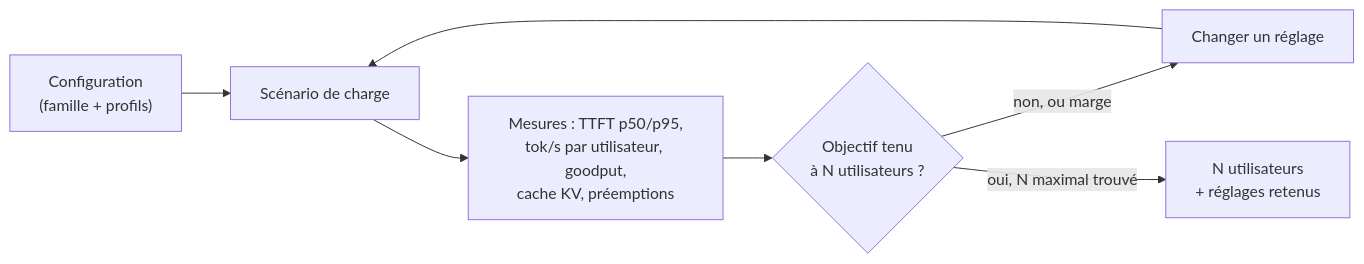
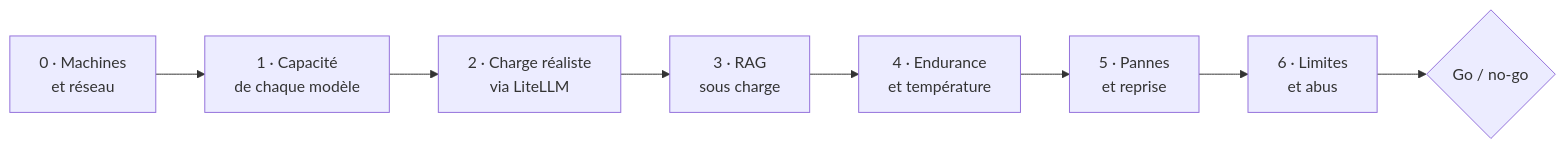
One commit to Ameno1215/localIA changed the fifth of 6 diagrams in docs/processus/benchmark-modeles.md. Above: the diagram before and after it, drawn with Mermaid. The commit also changed other lines of this file and 3 other files, not shown here.

First line of the commit message:
Étape 3 : plan de tests de charge et de limites (Tim) dans docs/processus/

````diff
--- a/docs/processus/benchmark-modeles.md
+++ b/docs/processus/benchmark-modeles.md
@@ -228,9 +229,10 @@
 ```mermaid
 flowchart LR
-    cfg["Configuration<br/>(famille + profils)"] --> sc["Scénario de charge"]
-    sc --> mes["Mesures : TTFT p50/p95,<br/>tok/s par utilisateur, goodput,<br/>cache KV, préemptions"]
-    mes --> slo{"Objectif tenu<br/>à N utilisateurs ?"}
-    slo -->|"non, ou marge"| reg["Changer un réglage"]
-    reg --> sc
-    slo -->|"oui, N maximal trouvé"| res["N utilisateurs<br/>+ réglages retenus"]
+    p0["0 · Machines<br/>et réseau"] --> p1["1 · Capacité<br/>de chaque modèle"]
+    p1 --> p2["2 · Charge réaliste<br/>via LiteLLM"]
+    p2 --> p3["3 · RAG<br/>sous charge"]
+    p3 --> p4["4 · Endurance<br/>et température"]
+    p4 --> p5["5 · Pannes<br/>et reprise"]
+    p5 --> p6["6 · Limites<br/>et abus"]
+    p6 --> go{"Go / no-go"}
 ```
````
